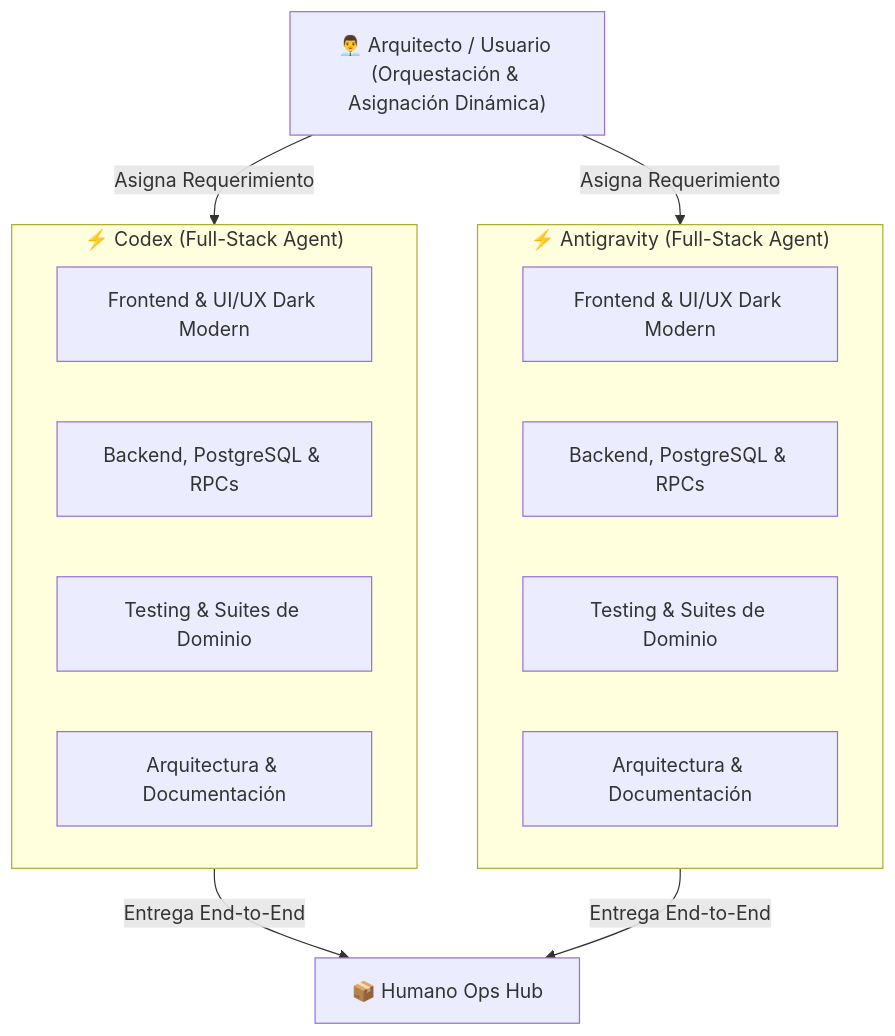
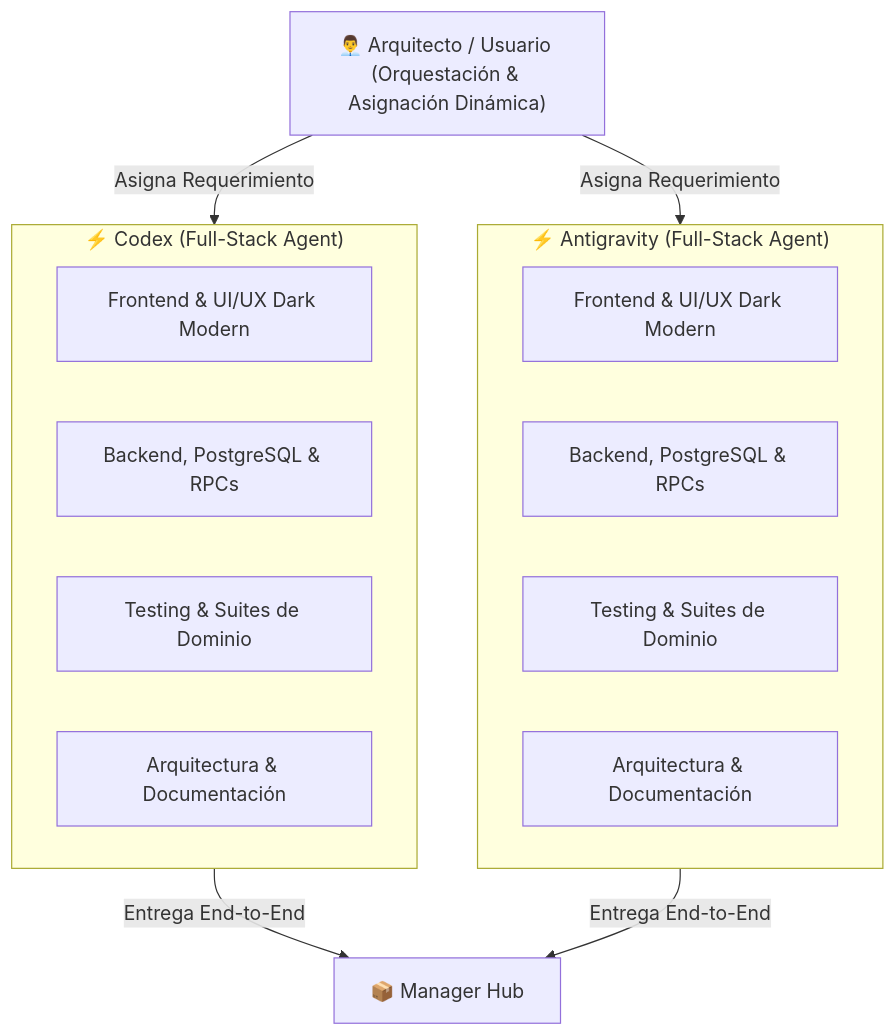
One commit to Mister-3/humano-ops-hub-spfx changed the diagram in AGENTS.md. Above: the diagram before and after it, drawn with Mermaid. The commit also changed 18 other files, not shown here.

Commit message:
feat(branding): [antigravity] rebranding integral de la plataforma a Manager Hub v2.5.1

````diff
--- a/AGENTS.md
+++ b/AGENTS.md
@@ -17,24 +17,24 @@
 ```mermaid
 graph TD
     User["👨‍💼 Arquitecto / Usuario (Orquestación & Asignación Dinámica)"]
 
     subgraph Codex["⚡ Codex (Full-Stack Agent)"]
         C1[Frontend & UI/UX Dark Modern]
         C2[Backend, PostgreSQL & RPCs]
         C3[Testing & Suites de Dominio]
         C4[Arquitectura & Documentación]
     end
 
     subgraph Antigravity["⚡ Antigravity (Full-Stack Agent)"]
         A1[Frontend & UI/UX Dark Modern]
         A2[Backend, PostgreSQL & RPCs]
         A3[Testing & Suites de Dominio]
         A4[Arquitectura & Documentación]
     end
 
     User -->|Asigna Requerimiento| Codex
     User -->|Asigna Requerimiento| Antigravity
 
-    Codex -->|Entrega End-to-End| Hub["📦 Humano Ops Hub"]
+    Codex -->|Entrega End-to-End| Hub["📦 Manager Hub"]
     Antigravity -->|Entrega End-to-End| Hub
 ```
````
